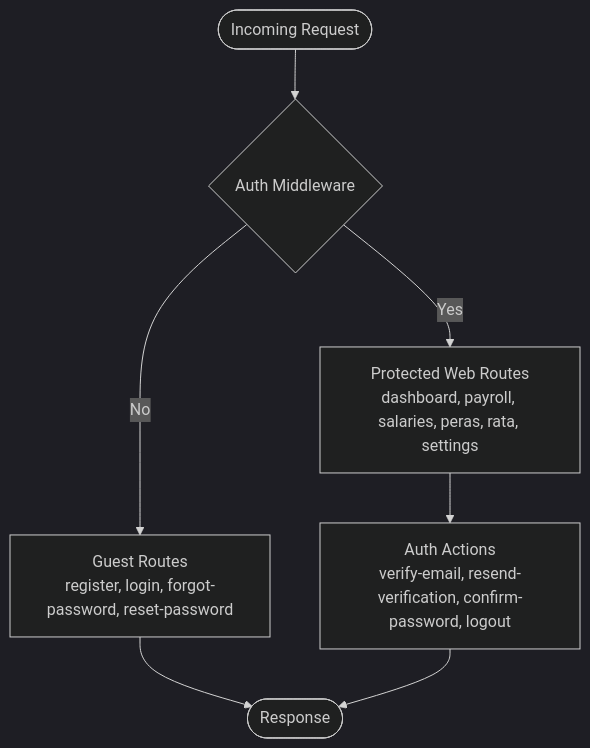
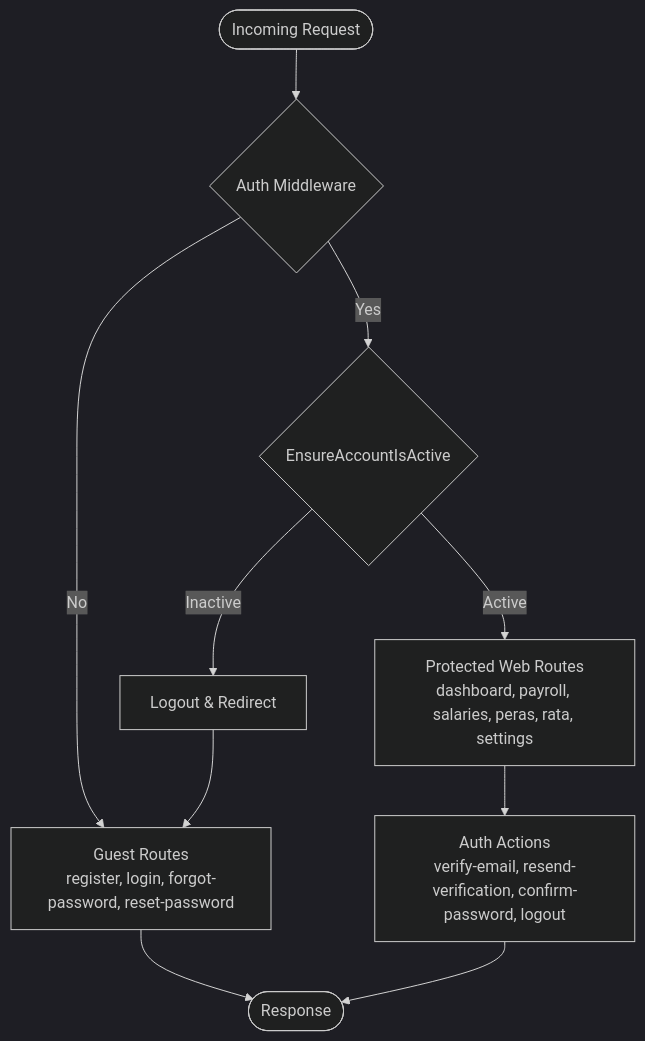
One commit to vincet0t15/template changed the tenth of 11 diagrams in .qoder/repowiki/en/content/Authentication System/Authentication System.md. Above: the diagram before and after it, drawn with Mermaid (dark theme). The commit also changed other lines of this file and 12 other files, not shown here.

````diff
--- a/.qoder/repowiki/en/content/Authentication System/Authentication System.md
+++ b/.qoder/repowiki/en/content/Authentication System/Authentication System.md
@@ -418,9 +486,12 @@
 ```mermaid
 flowchart TD
 Start(["Incoming Request"]) --> CheckAuth{"Auth Middleware"}
 CheckAuth --> |No| GuestRoutes["Guest Routes<br/>register, login, forgot-password, reset-password"]
-CheckAuth --> |Yes| ProtectedWeb["Protected Web Routes<br/>dashboard, payroll, salaries, peras, rata, settings"]
+CheckAuth --> |Yes| CheckActive{"EnsureAccountIsActive"}
+CheckActive --> |Inactive| Logout["Logout & Redirect"]
+CheckActive --> |Active| ProtectedWeb["Protected Web Routes<br/>dashboard, payroll, salaries, peras, rata, settings"]
 ProtectedWeb --> AuthActions["Auth Actions<br/>verify-email, resend-verification, confirm-password, logout"]
 GuestRoutes --> End(["Response"])
+Logout --> GuestRoutes
 AuthActions --> End
 ```
````
